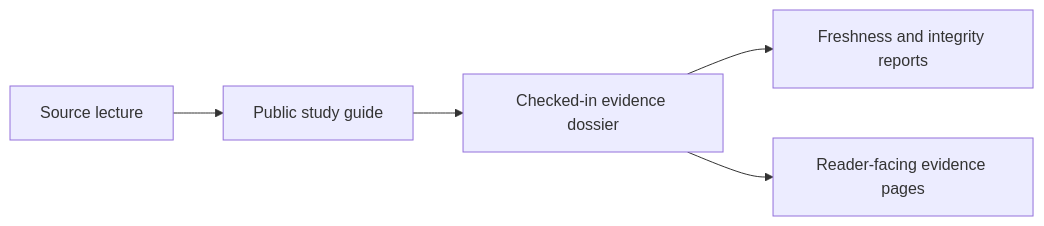
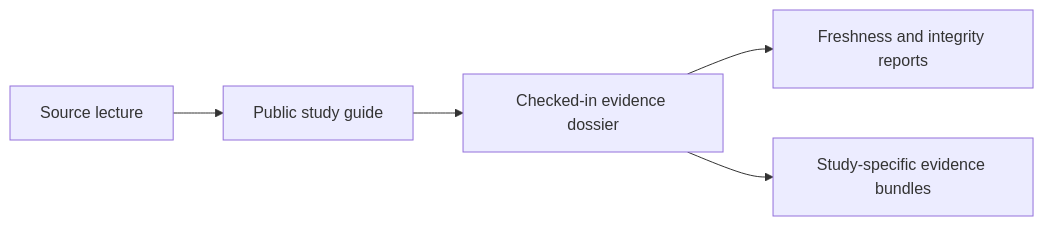
One commit to bijux/bijux-phylogenetics changed the diagram in docs/public/phylogenetics-evidence-book/index.md. Above: the diagram before and after it, drawn with Mermaid. The commit also changed other lines of this file and 9 other files, not shown here.

Commit message:
fix(evidence-book): restore teaching study indexes

````diff
--- a/docs/public/phylogenetics-evidence-book/index.md
+++ b/docs/public/phylogenetics-evidence-book/index.md
@@ -20,7 +20,7 @@
 ```mermaid
 flowchart LR
     A[Source lecture] --> B[Public study guide]
     B --> C[Checked-in evidence dossier]
     C --> D[Freshness and integrity reports]
-    C --> E[Reader-facing evidence pages]
+    C --> E[Study-specific evidence bundles]
 ```
````
